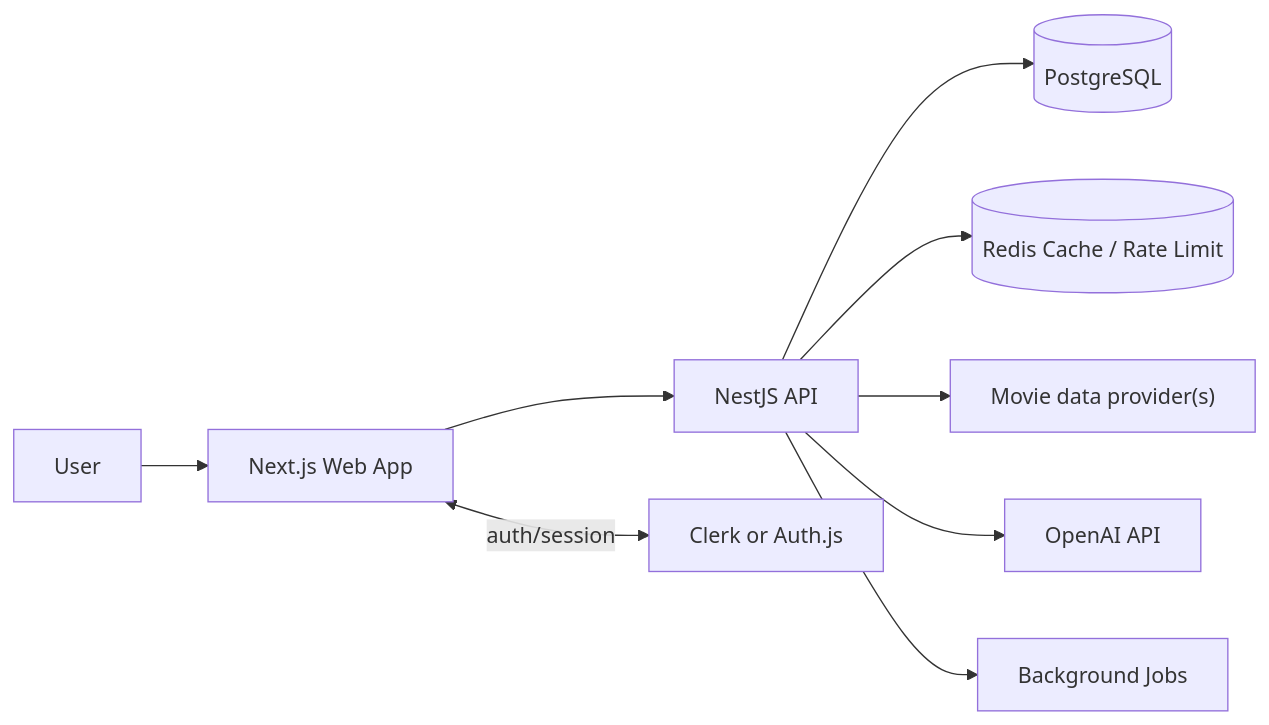
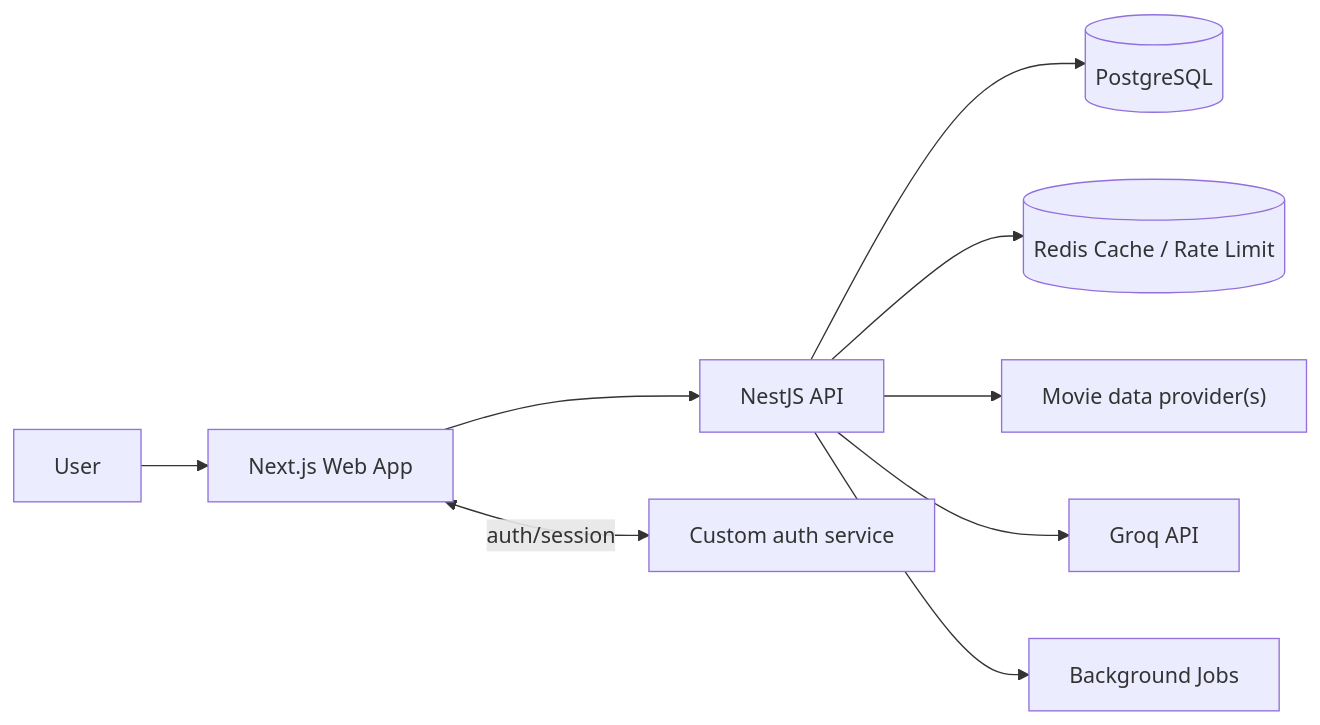
Before and after one commit to jamesfontanilla/SceneAtlas: the diagram in outputs/phase-1-requirements.md, drawn with Mermaid. The commit also changed other lines of this file and 51 other files, not shown here.

````diff
--- a/outputs/phase-1-requirements.md
+++ b/outputs/phase-1-requirements.md
@@ -284,11 +284,11 @@
 ```mermaid
 flowchart LR
   U[User] --> W[Next.js Web App]
   W --> A[NestJS API]
   A --> P[(PostgreSQL)]
   A --> R[(Redis Cache / Rate Limit)]
   A --> M["Movie data provider(s)"]
-  A --> O[OpenAI API]
+  A --> G[Groq API]
   A --> Q[Background Jobs]
-  W <-->|auth/session| S[Clerk or Auth.js]
+  W <-->|auth/session| S[Custom auth service]
 ```
````
